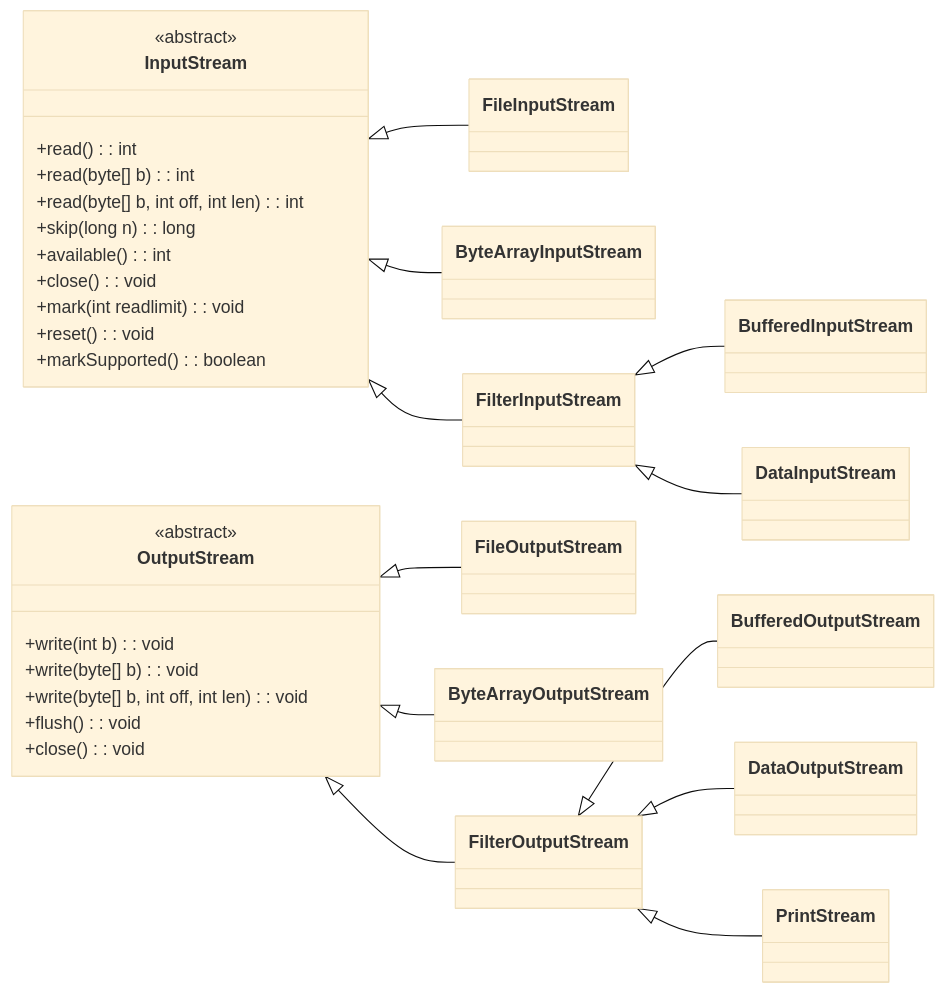
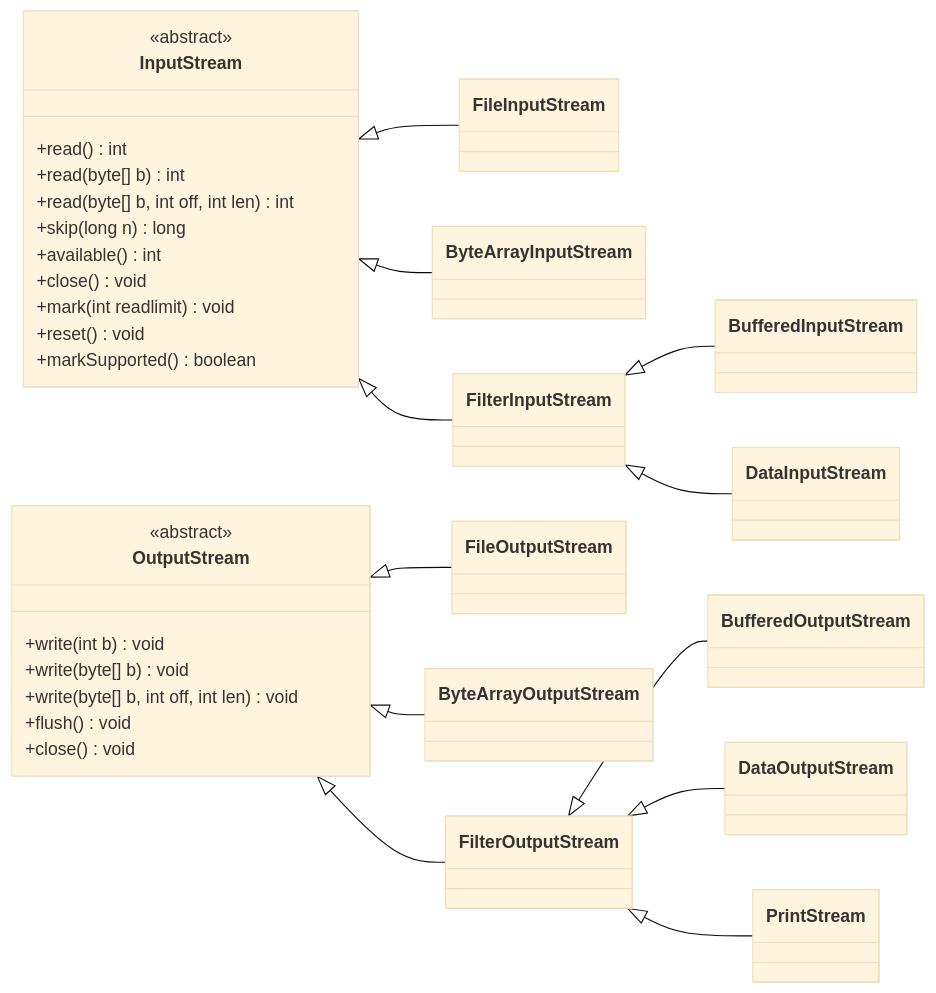
One commit to InfiniteAstral/notes changed the diagram in 计算机科学/面向对象设计与Java编程/8 Java 输入-输出（I-O）/8-2 Java 字节流.md. Above: the diagram before and after it, drawn with Mermaid (base theme). The commit also changed 1 other file, not shown here.

Commit message:
docs: 修复 Mermaid 语法不规范

````diff
--- a/计算机科学/面向对象设计与Java编程/8 Java 输入-输出（I-O）/8-2 Java 字节流.md
+++ b/计算机科学/面向对象设计与Java编程/8 Java 输入-输出（I-O）/8-2 Java 字节流.md
@@ -16,54 +16,54 @@
 ```mermaid
 classDiagram
     direction LR
     class InputStream {
         <<abstract>>
-        +read(): int
-        +read(byte[] b): int
-        +read(byte[] b, int off, int len): int
-        +skip(long n): long
-        +available(): int
-        +close(): void
-        +mark(int readlimit): void
-        +reset(): void
-        +markSupported(): boolean
+        +read() int
+        +read(byte[] b) int
+        +read(byte[] b, int off, int len) int
+        +skip(long n) long
+        +available() int
+        +close() void
+        +mark(int readlimit) void
+        +reset() void
+        +markSupported() boolean
     }
     class OutputStream {
         <<abstract>>
-        +write(int b): void
-        +write(byte[] b): void
-        +write(byte[] b, int off, int len): void
-        +flush(): void
-        +close(): void
+        +write(int b) void
+        +write(byte[] b) void
+        +write(byte[] b, int off, int len) void
+        +flush() void
+        +close() void
     }
 
     class FileInputStream
     class ByteArrayInputStream
     class FilterInputStream
 
     InputStream <|-- FileInputStream
     InputStream <|-- ByteArrayInputStream
     InputStream <|-- FilterInputStream
 
     class FileOutputStream
     class ByteArrayOutputStream
     class FilterOutputStream
 
     OutputStream <|-- FileOutputStream
     OutputStream <|-- ByteArrayOutputStream
     OutputStream <|-- FilterOutputStream
 
     class BufferedInputStream
     class DataInputStream
 
     FilterInputStream <|-- BufferedInputStream
     FilterInputStream <|-- DataInputStream
 
     class BufferedOutputStream
     class DataOutputStream
     class PrintStream
 
     FilterOutputStream <|-- BufferedOutputStream
     FilterOutputStream <|-- DataOutputStream
     FilterOutputStream <|-- PrintStream
 ```
````
